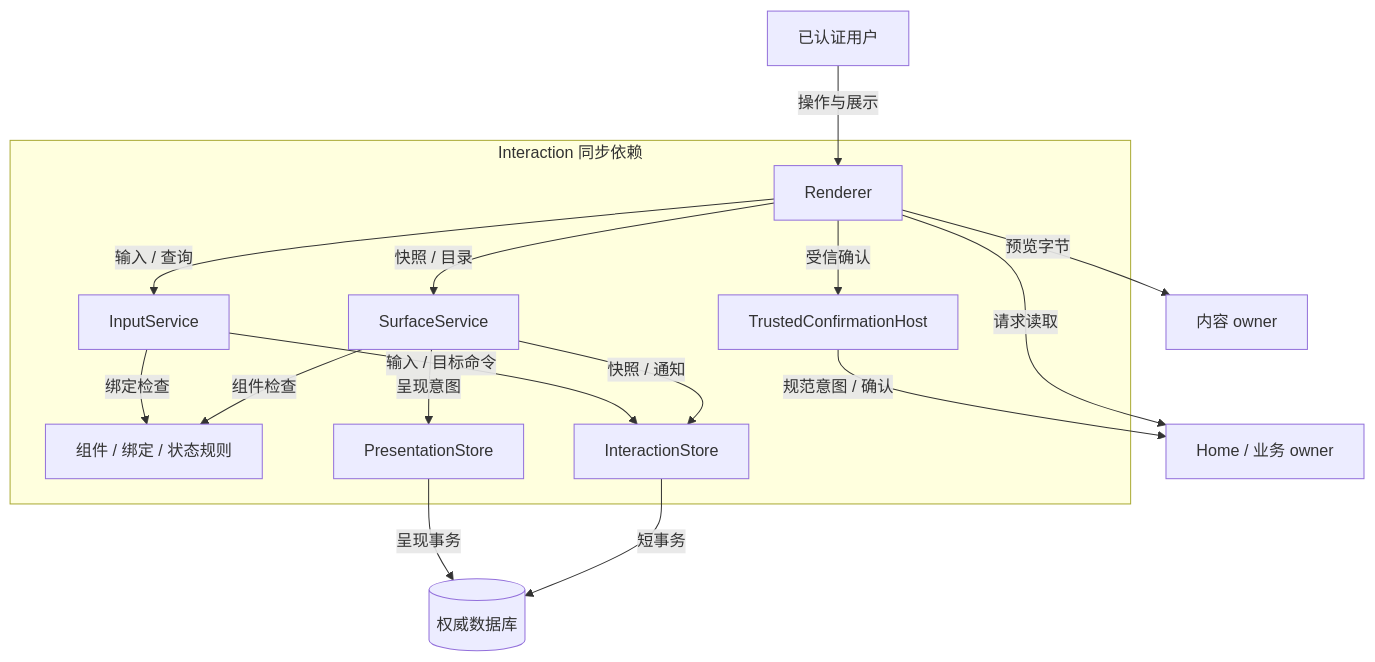
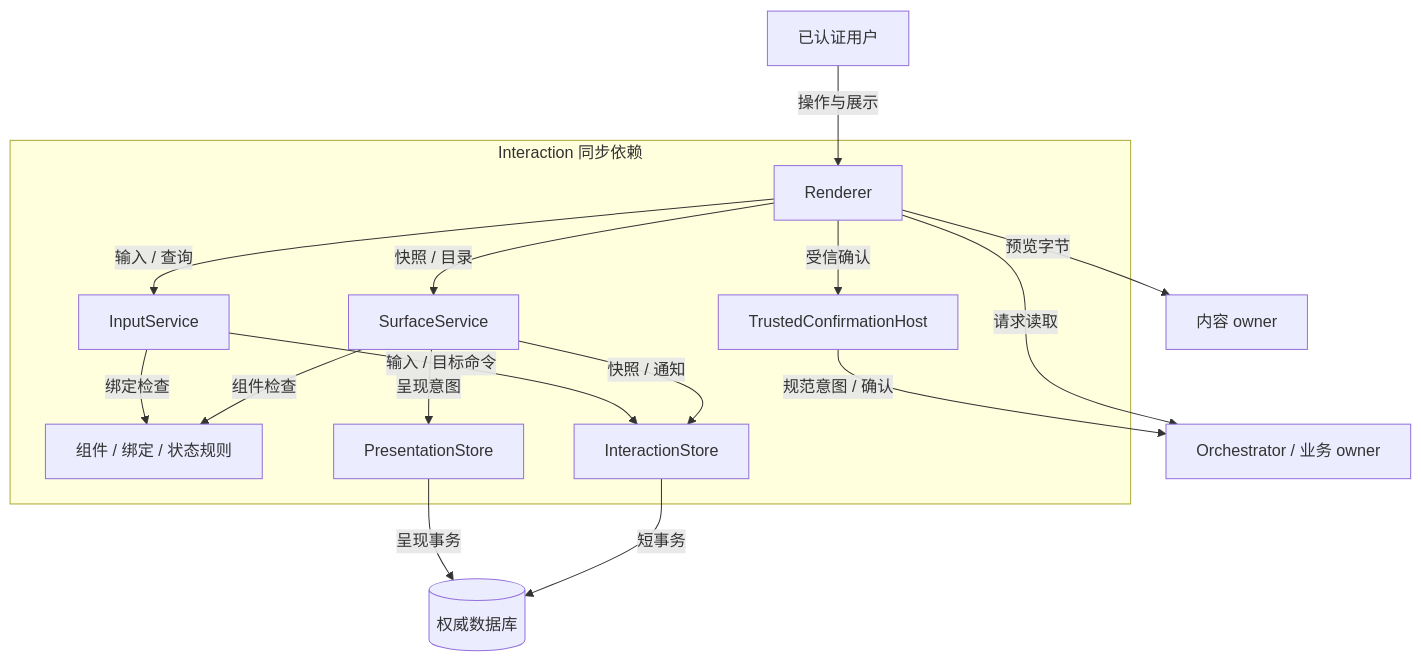
The first of 5 diagrams in docs/architecture/interaction/implementation.md (ruipengliu/lerna), drawn with Mermaid before and after one commit. The commit also changed other lines of this file and 174 other files, not shown here.

````diff
--- a/docs/architecture/interaction/implementation.md
+++ b/docs/architecture/interaction/implementation.md
@@ -26,27 +26,27 @@
 ```mermaid
 flowchart TB
     U[已认证用户]
     subgraph M[Interaction 同步依赖]
       R[Renderer]
       T[TrustedConfirmationHost]
       S[SurfaceService]
       I[InputService]
       V[组件 / 绑定 / 状态规则]
       K[InteractionStore]
       D[PresentationStore]
       R -->|快照 / 目录| S
       R -->|输入 / 查询| I
       R -->|受信确认| T
       S -->|快照 / 通知| K
       S -->|组件检查| V
       S -->|呈现意图| D
       I -->|输入 / 目标命令| K
       I -->|绑定检查| V
     end
     U -->|操作与展示| R
-    R -->|请求读取| H[Home / 业务 owner]
+    R -->|请求读取| H[Orchestrator / 业务 owner]
     R -->|预览字节| C[内容 owner]
     T -->|规范意图 / 确认| H
     K -->|短事务| DB[(权威数据库)]
     D -->|呈现事务| DB
 ```
````
